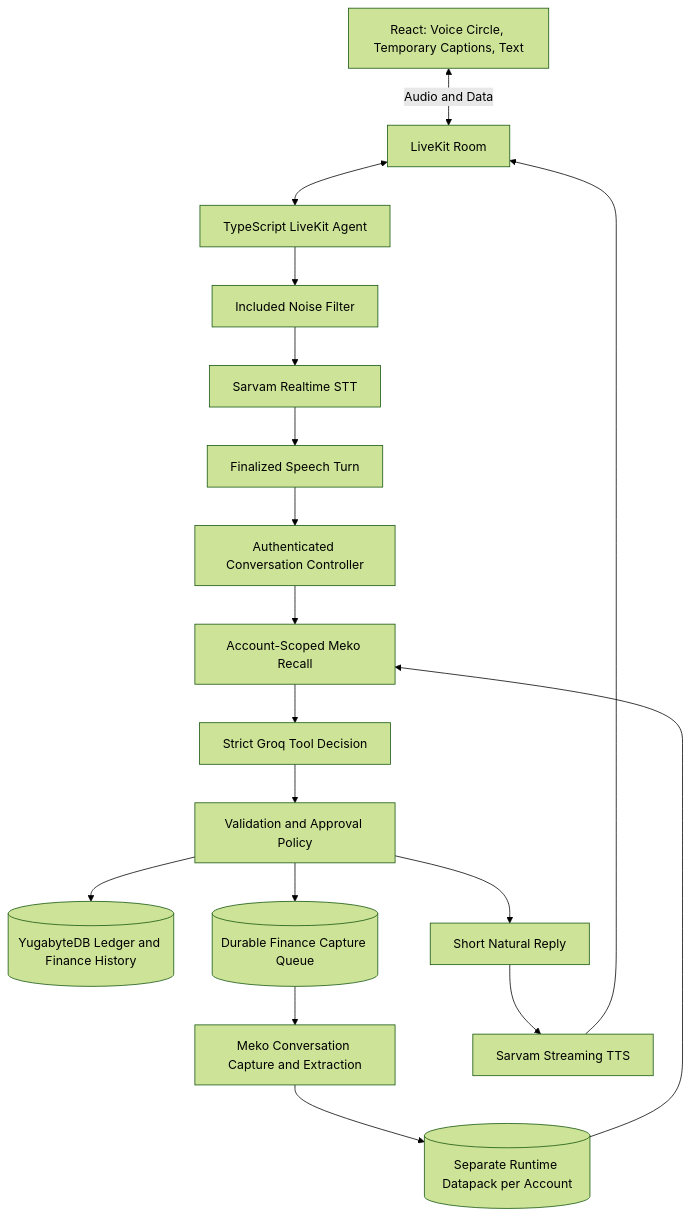
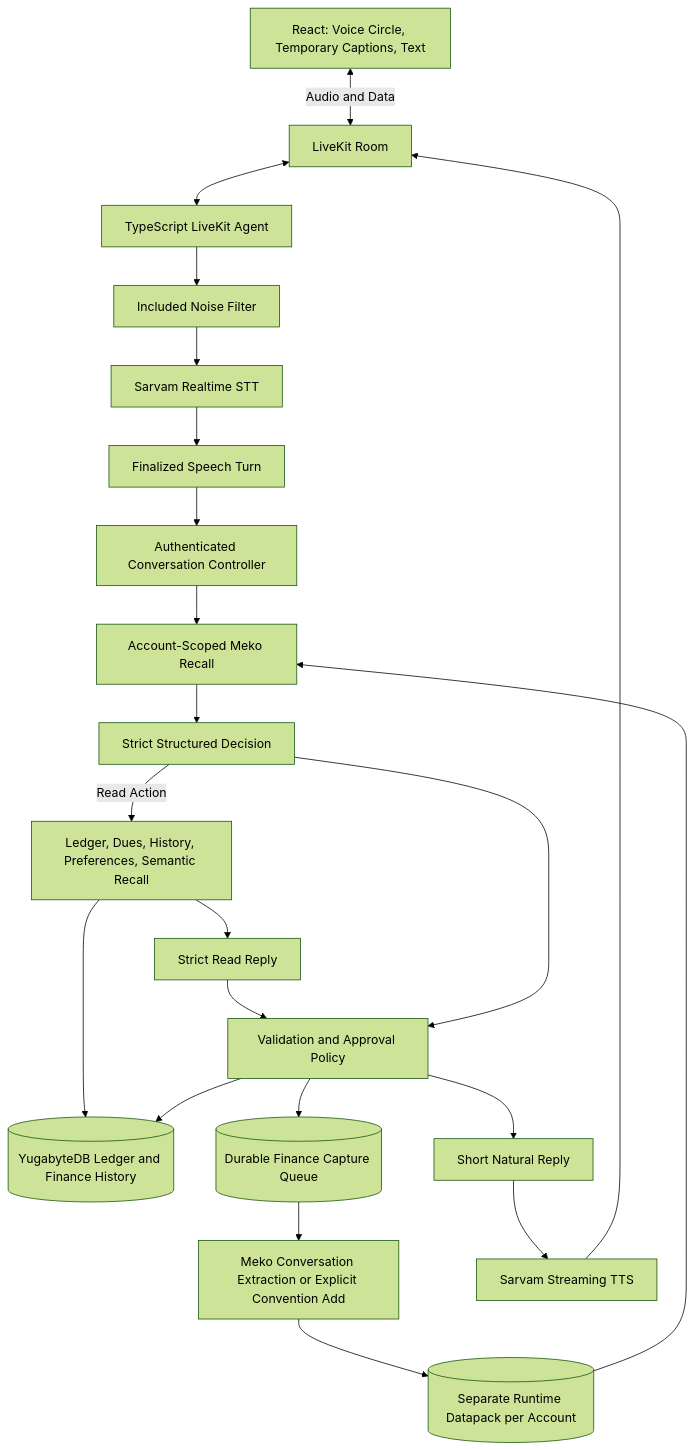
Before and after one commit to atharva-again/munim: the diagram in README.md, drawn with Mermaid (forest theme). The commit also changed other lines of this file and 3 other files, not shown here.

````diff
--- a/README.md
+++ b/README.md
@@ -40,20 +39,24 @@
 ```mermaid
 flowchart TD
     Browser[React: Voice Circle, Temporary Captions, Text] <-->|Audio and Data| Room[LiveKit Room]
     Room <--> Worker[TypeScript LiveKit Agent]
     Worker --> Noise[Included Noise Filter]
     Noise --> STT[Sarvam Realtime STT]
     STT --> Turn[Finalized Speech Turn]
     Turn --> API[Authenticated Conversation Controller]
     API --> Recall[Account-Scoped Meko Recall]
-    Recall --> Groq[Strict Groq Tool Decision]
+    Recall --> Groq[Strict Structured Decision]
+    Groq -->|Read Action| Read[Ledger, Dues, History, Preferences, Semantic Recall]
+    Read --> GroqReply[Strict Read Reply]
+    Read --> SQL
+    GroqReply --> Validate
     Groq --> Validate[Validation and Approval Policy]
     Validate --> SQL[(YugabyteDB Ledger and Finance History)]
     Validate --> Queue[(Durable Finance Capture Queue)]
-    Queue --> Capture[Meko Conversation Capture and Extraction]
+    Queue --> Capture[Meko Conversation Extraction or Explicit Convention Add]
     Capture --> Memory[(Separate Runtime Datapack per Account)]
     Memory --> Recall
     Validate --> Reply[Short Natural Reply]
     Reply --> TTS[Sarvam Streaming TTS]
     TTS --> Room
 ```
````
